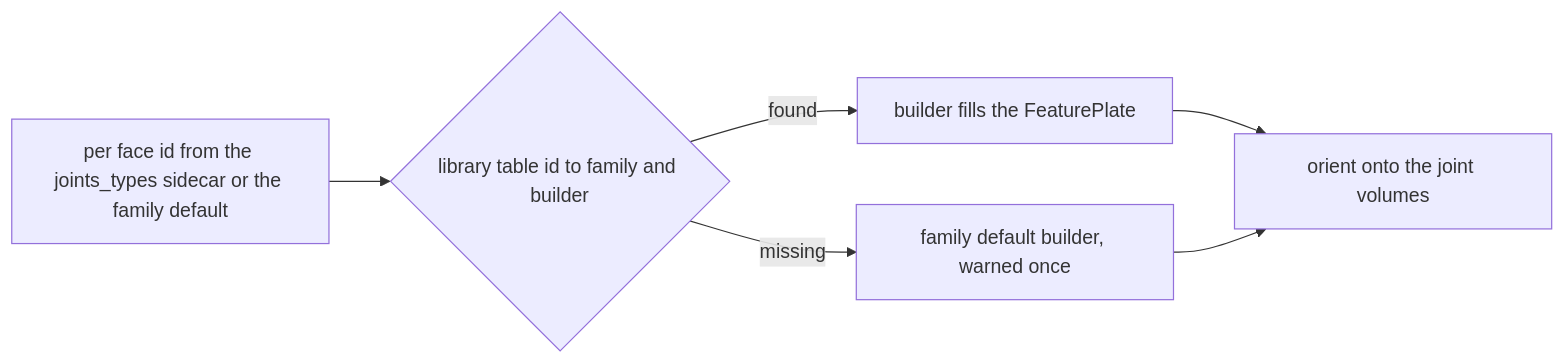
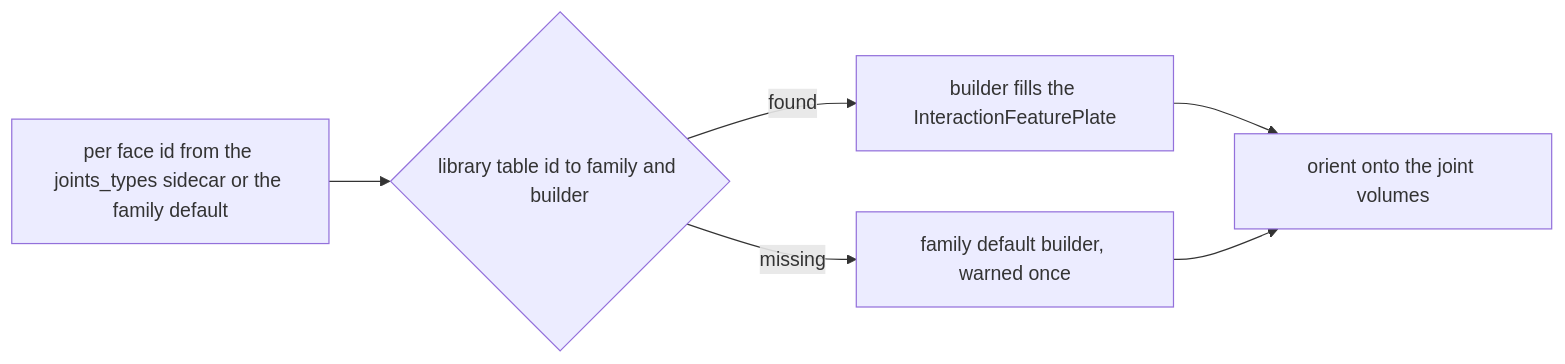
Before and after one commit to petrasvestartas/wood: the ninth of 10 diagrams in src/docs.md, drawn with Mermaid. The commit also changed other lines of this file and 132 other files, not shown here.

Commit message:
wood: interactions derive from the kernel's abstract Interaction (InteractionContact/Feature/Structure and their leaves), WoodSession add/get/has/remove_interaction on elements only, contacts and joints stored per edge, no private helpers

````diff
--- a/src/docs.md
+++ b/src/docs.md
@@ -295,8 +295,8 @@
 ```mermaid
 flowchart LR
     T["per face id from the joints_types sidecar or the family default"] --> L{"library table id to family and builder"}
-    L -- "found" --> B["builder fills the FeaturePlate"]
+    L -- "found" --> B["builder fills the InteractionFeaturePlate"]
     L -- "missing" --> D["family default builder, warned once"]
     B --> O["orient onto the joint volumes"]
     D --> O
 ```
````
